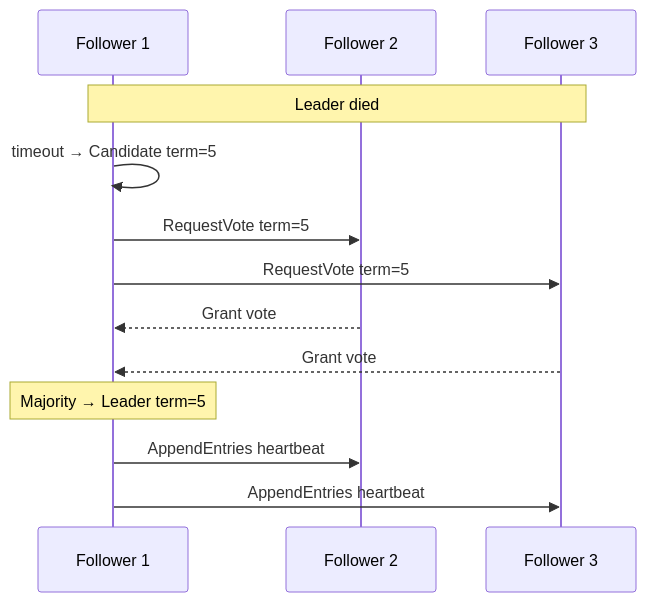
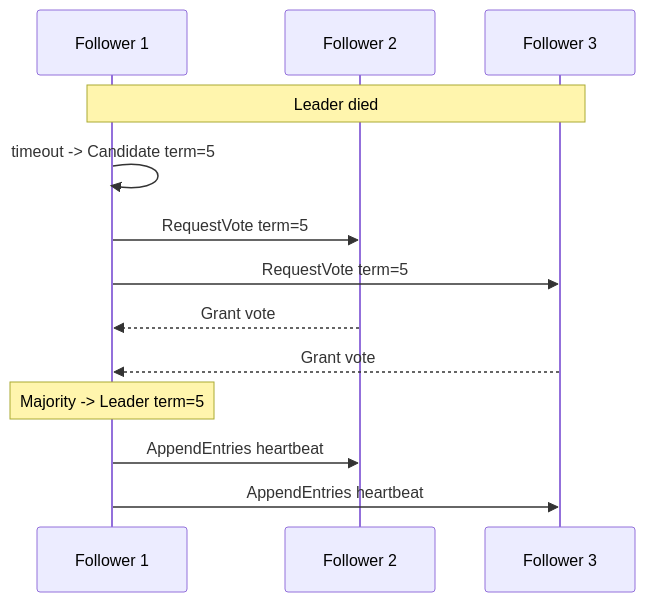
Before and after one commit to hareramcse/SystemDesign: diagram 30 of 36 in 05-distributed-databases/README.md, drawn with Mermaid. The commit also changed other lines of this file and 14 other files, not shown here.

````diff
--- a/05-distributed-databases/README.md
+++ b/05-distributed-databases/README.md
@@ -1913,15 +1913,15 @@
 ```mermaid
 sequenceDiagram
     participant F1 as Follower 1
     participant F2 as Follower 2
     participant F3 as Follower 3
     Note over F1,F3: Leader died
-    F1->>F1: timeout → Candidate term=5
+    F1->>F1: timeout -> Candidate term=5
     F1->>F2: RequestVote term=5
     F1->>F3: RequestVote term=5
     F2-->>F1: Grant vote
     F3-->>F1: Grant vote
-    Note over F1: Majority → Leader term=5
+    Note over F1: Majority -> Leader term=5
     F1->>F2: AppendEntries heartbeat
     F1->>F3: AppendEntries heartbeat
 ```
````
